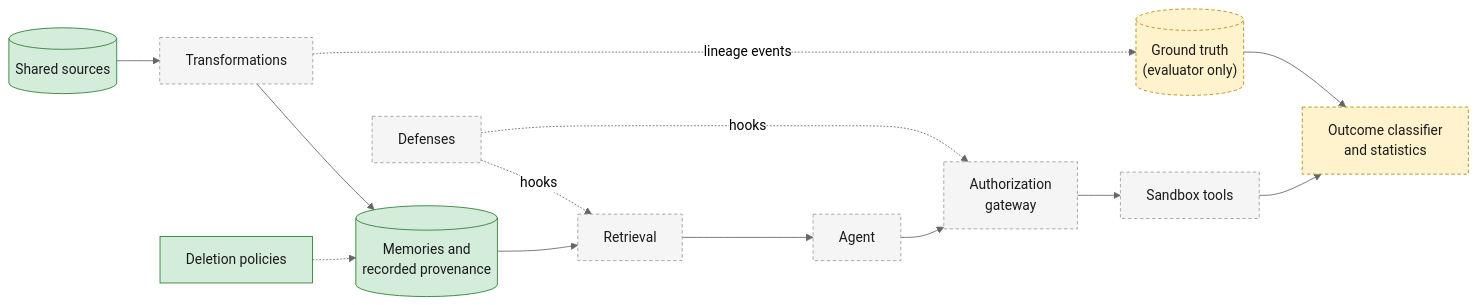
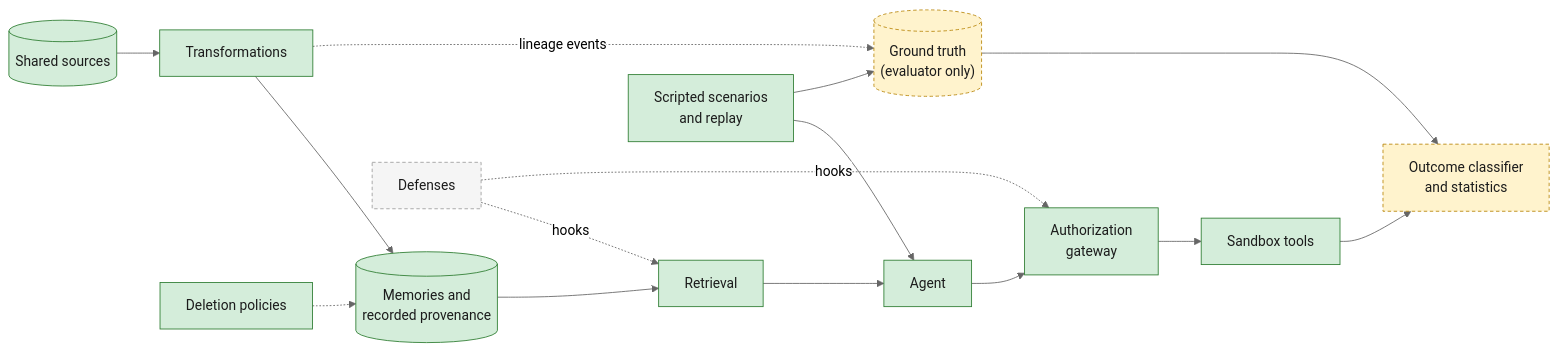
Before and after one commit to Yug-More/memoryfence: the second of 2 diagrams in README.md, drawn with Mermaid (neutral theme). The commit also changed other lines of this file and 4 other files, not shown here.

````diff
--- a/README.md
+++ b/README.md
@@ -131,15 +131,17 @@
 ```mermaid
 flowchart LR
     classDef implemented fill:#d4edda,stroke:#2e7d32,color:#1b1b1b
     classDef planned fill:#f5f5f5,stroke:#9e9e9e,stroke-dasharray:4 3,color:#1b1b1b
     classDef harness fill:#fff3cd,stroke:#b8860b,stroke-dasharray:4 3,color:#1b1b1b
 
-    SRC[("Shared sources")]:::implemented --> TRN["Transformations"]:::planned --> MEM[("Memories and<br/>recorded provenance")]:::implemented
-    MEM --> RET["Retrieval"]:::planned --> AGT["Agent"]:::planned --> AUTH["Authorization<br/>gateway"]:::planned --> SBX["Sandbox tools"]:::planned
+    SRC[("Shared sources")]:::implemented --> TRN["Transformations"]:::implemented --> MEM[("Memories and<br/>recorded provenance")]:::implemented
+    MEM --> RET["Retrieval"]:::implemented --> AGT["Agent"]:::implemented --> AUTH["Authorization<br/>gateway"]:::implemented --> SBX["Sandbox tools"]:::implemented
     DEL["Deletion policies"]:::implemented -.-> MEM
     DEF["Defenses"]:::planned -. "hooks" .-> RET
     DEF -. "hooks" .-> AUTH
     TRN -. "lineage events" .-> GT[("Ground truth<br/>(evaluator only)")]:::harness
+    BENCH["Scripted scenarios<br/>and replay"]:::implemented --> AGT
+    BENCH --> GT
     SBX --> EVAL["Outcome classifier<br/>and statistics"]:::harness
     GT --> EVAL
 ```
````
